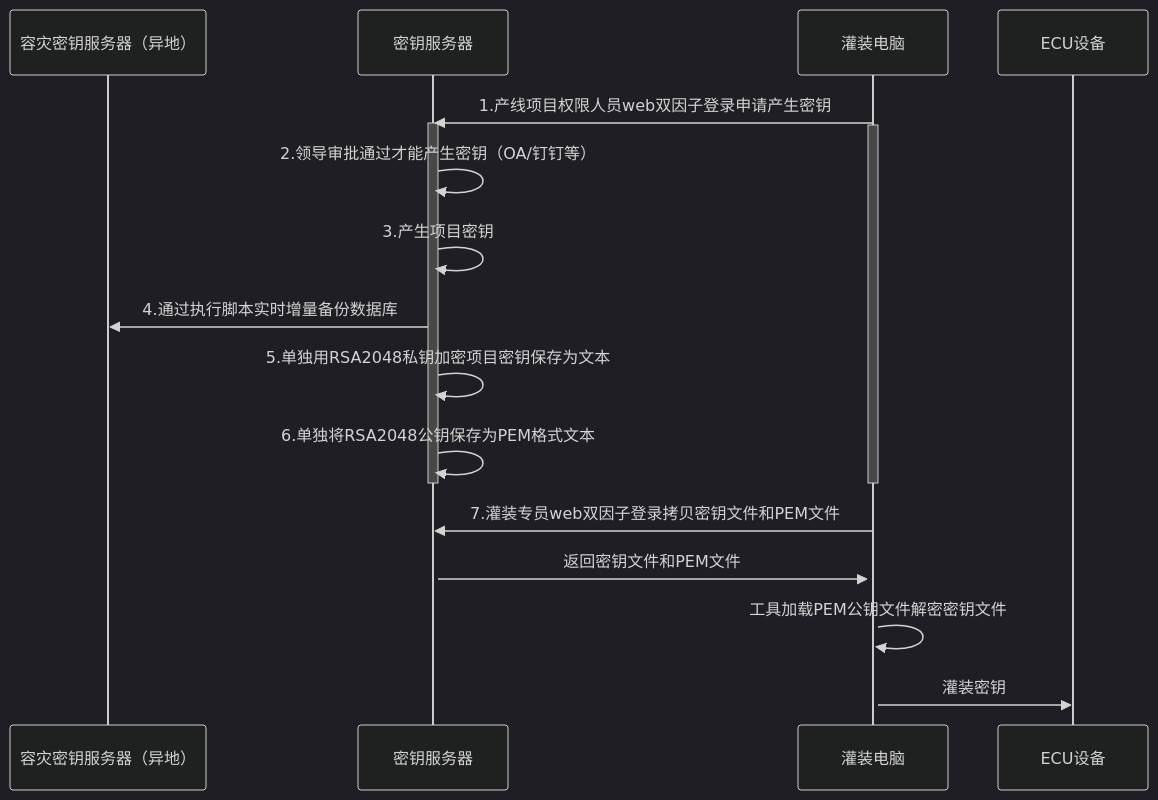
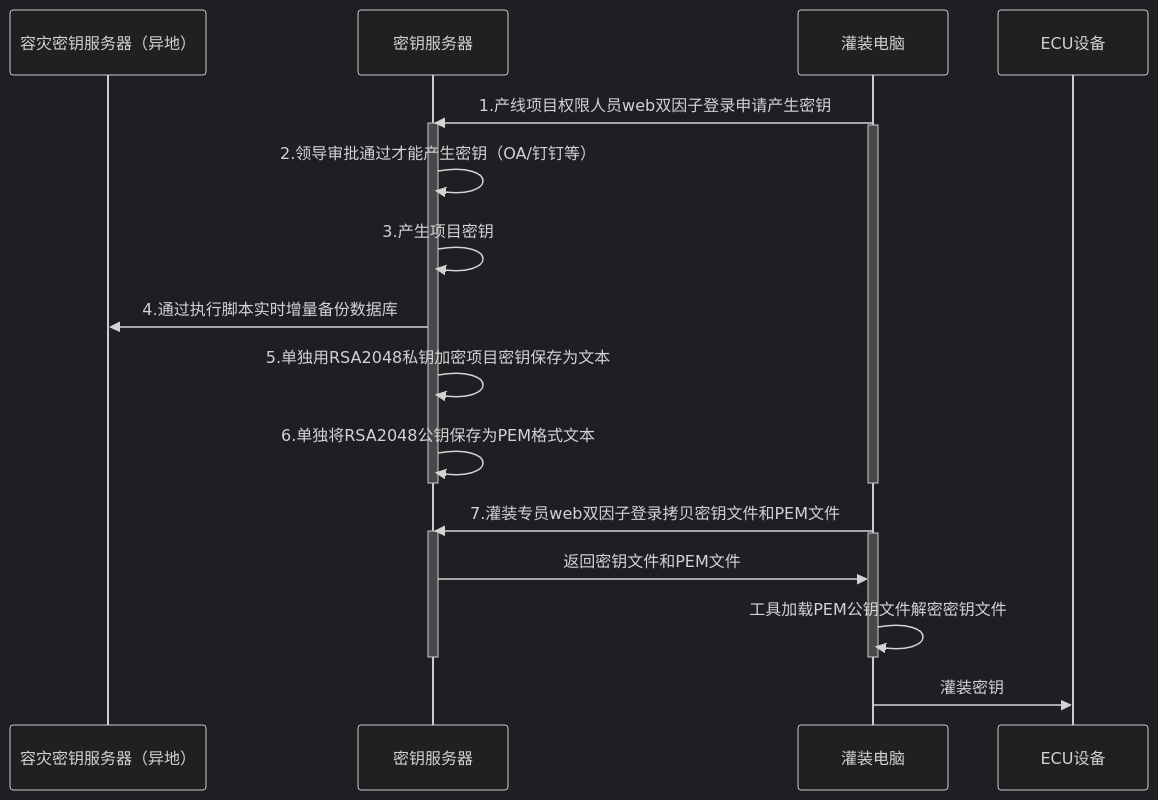
Before and after one commit to facebook-cloud/iodraw-files: the diagram in all/未命名-15.md, drawn with Mermaid (dark theme).

Commit message:
2026-02-11 19:50:31 update

````diff
--- a/all/未命名-15.md
+++ b/all/未命名-15.md
@@ -1,27 +1,29 @@
 ```mermaid
 sequenceDiagram
     participant A as 容灾密钥服务器（异地）
     participant B as 密钥服务器
     participant D as 灌装电脑
     participant E as ECU设备
 
     
     D->>B: 1.产线项目权限人员web双因子登录申请产生密钥
     activate B
     activate D
     B->>B: 2.领导审批通过才能产生密钥（OA/钉钉等）
     B->>B: 3.产生项目密钥
     B->>A: 4.通过执行脚本实时增量备份数据库
     B->>B: 5.单独用RSA2048私钥加密项目密钥保存为文本
     B->>B: 6.单独将RSA2048公钥保存为PEM格式文本
     deactivate B
     deactivate D
 
     
     D->>B: 7.灌装专员web双因子登录拷贝密钥文件和PEM文件
     activate B
     activate D
     B->>D: 返回密钥文件和PEM文件
     D->>D:工具加载PEM公钥文件解密密钥文件
+    deactivate B
+    deactivate D
     D->>E: 灌装密钥
 ```
````
